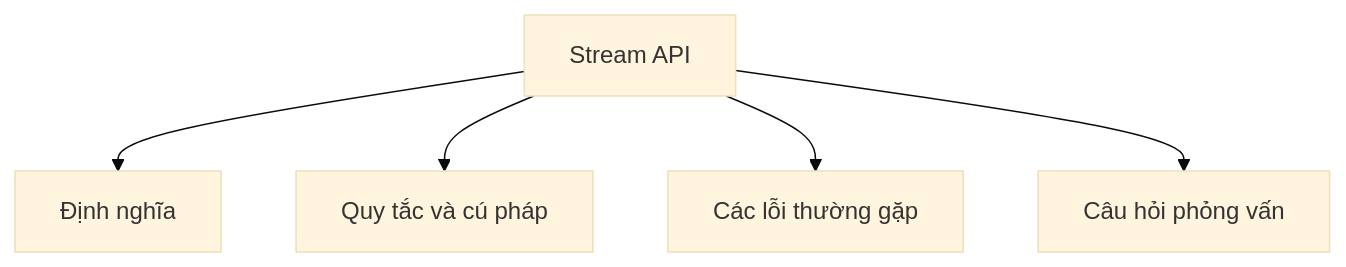
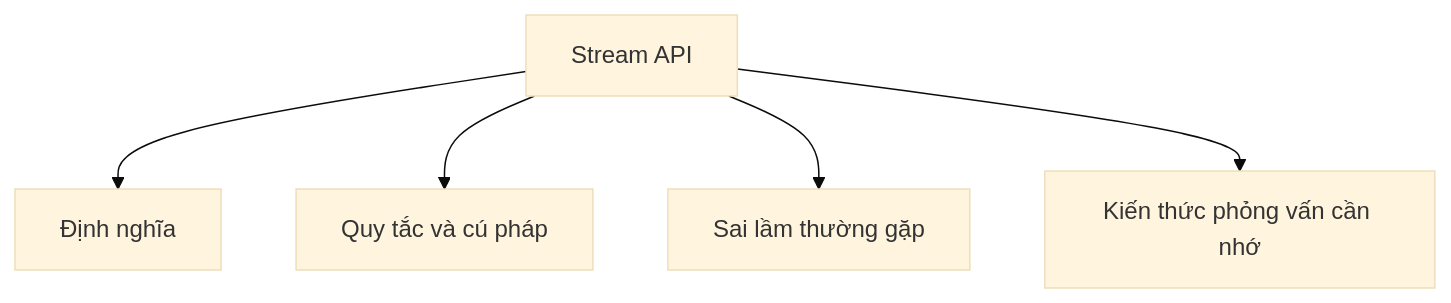
The diagram in vi/23-stream-api/README.md (PhuThien2005/theoretical-of-java-core), drawn with Mermaid (base theme) before and after one commit. The commit also changed other lines of this file and 229 other files, not shown here.

````diff
--- a/vi/23-stream-api/README.md
+++ b/vi/23-stream-api/README.md
@@ -88,7 +88,7 @@
 ```mermaid
 flowchart TD
     A[Stream API] --> B[Định nghĩa]
     A --> C[Quy tắc và cú pháp]
-    A --> D[Các lỗi thường gặp]
-    A --> E[Câu hỏi phỏng vấn]
+    A --> D[Sai lầm thường gặp]
+    A --> E[Kiến thức phỏng vấn cần nhớ]
 ```
````
